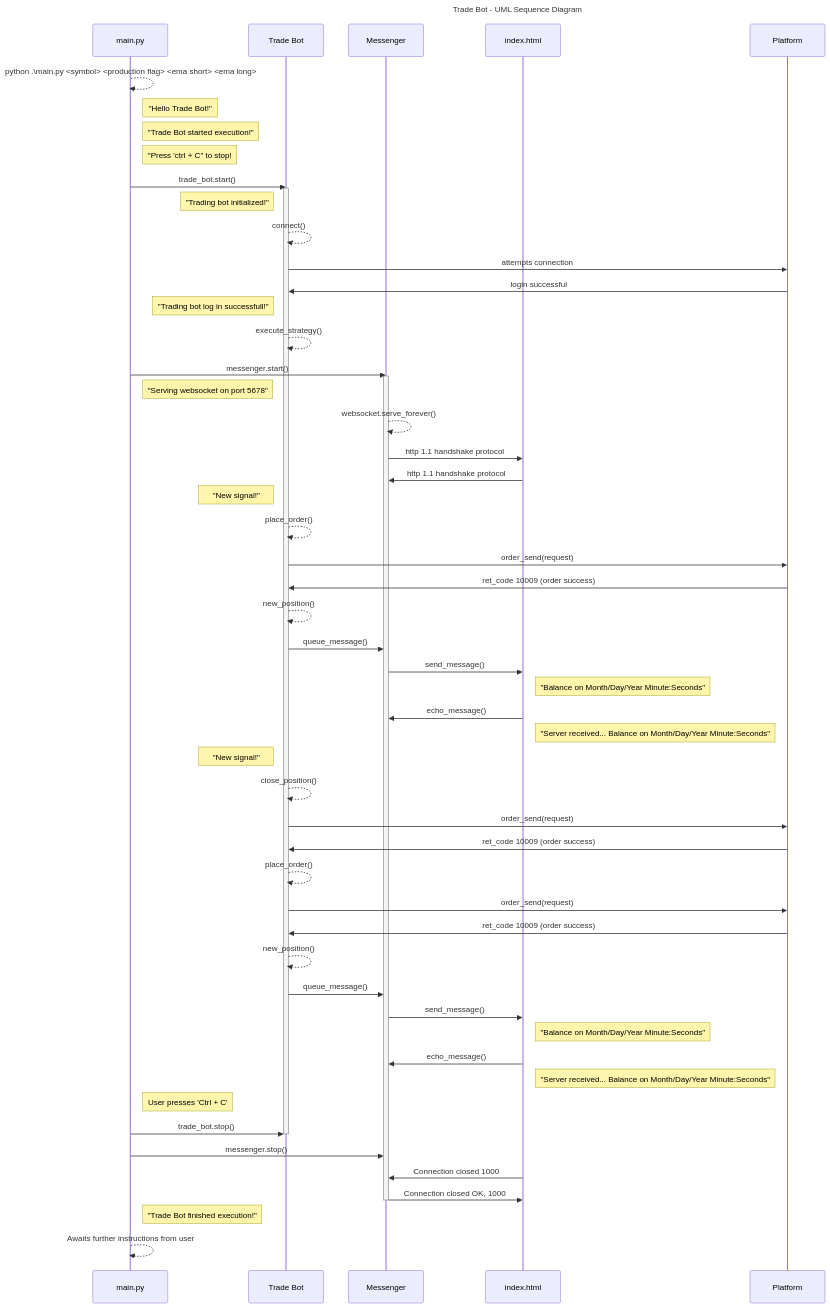
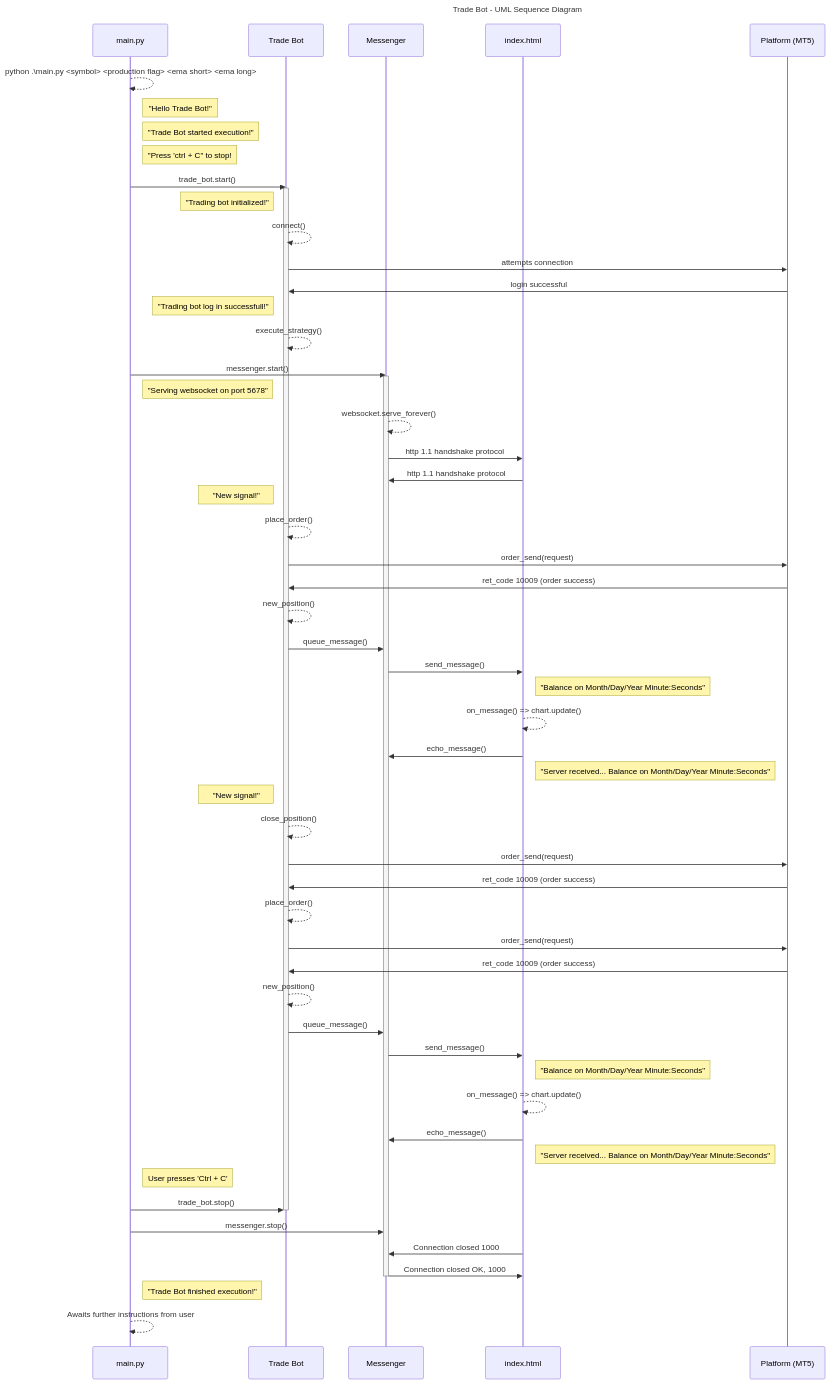
Before and after one commit to BensGitHub2022/MT5-Expert-Advisor: the diagram in UML_sequence.md, drawn with Mermaid. The commit also changed 1 other file, not shown here.

Commit message:
Updating UML diagrams

````diff
--- a/UML_sequence.md
+++ b/UML_sequence.md
@@ -1,62 +1,64 @@
 ```mermaid
 ---
 title: Trade Bot - UML Sequence Diagram
 ---
 sequenceDiagram
 participant main.py
 participant Trade Bot
 participant Messenger
 participant index.html
-participant Platform
+participant Platform (MT5)
 
 main.py -->> main.py: python .\main.py <symbol> <production flag> <ema short> <ema long>
 Note right of main.py: "Hello Trade Bot!"
 Note right of main.py: "Trade Bot started execution!"
 Note right of main.py: "Press 'ctrl + C" to stop!
 main.py->>Trade Bot: trade_bot.start()
 activate Trade Bot
 Note left of Trade Bot: "Trading bot initialized!"
 Trade Bot -->> Trade Bot: connect()
-Trade Bot ->> Platform: attempts connection
-Platform ->> Trade Bot: login successful
+Trade Bot ->> Platform (MT5): attempts connection
+Platform (MT5) ->> Trade Bot: login successful
 Note left of Trade Bot: "Trading bot log in successfull!"
 Trade Bot -->> Trade Bot: execute_strategy()
 main.py->>Messenger: messenger.start()
 activate Messenger
 Note right of main.py: "Serving websocket on port 5678"
 Messenger -->> Messenger: websocket.serve_forever()
 Messenger ->> index.html: http 1.1 handshake protocol
 index.html ->> Messenger: http 1.1 handshake protocol
 Note left of Trade Bot: "New signal!"
 Trade Bot -->> Trade Bot: place_order()
-Trade Bot ->> Platform: order_send(request)
-Platform ->> Trade Bot: ret_code 10009 (order success)
+Trade Bot ->> Platform (MT5): order_send(request)
+Platform (MT5) ->> Trade Bot: ret_code 10009 (order success)
 Trade Bot -->> Trade Bot: new_position()
 Trade Bot ->> Messenger: queue_message()
 Messenger ->> index.html: send_message()
 Note right of index.html: "Balance on Month/Day/Year Minute:Seconds"
+index.html -->> index.html: on_message() => chart.update() 
 index.html ->> Messenger: echo_message()
 Note right of index.html: "Server received... Balance on Month/Day/Year Minute:Seconds"
 Note left of Trade Bot: "New signal!"
 Trade Bot -->> Trade Bot: close_position()
-Trade Bot ->> Platform: order_send(request)
-Platform ->> Trade Bot: ret_code 10009 (order success)
+Trade Bot ->> Platform (MT5): order_send(request)
+Platform (MT5) ->> Trade Bot: ret_code 10009 (order success)
 Trade Bot -->> Trade Bot: place_order()
-Trade Bot ->> Platform: order_send(request)
-Platform ->> Trade Bot: ret_code 10009 (order success)
+Trade Bot ->> Platform (MT5): order_send(request)
+Platform (MT5) ->> Trade Bot: ret_code 10009 (order success)
 Trade Bot -->> Trade Bot: new_position()
 Trade Bot ->> Messenger: queue_message()
 Messenger ->> index.html: send_message()
 Note right of index.html: "Balance on Month/Day/Year Minute:Seconds"
+index.html -->> index.html: on_message() => chart.update() 
 index.html ->> Messenger: echo_message()
 Note right of index.html: "Server received... Balance on Month/Day/Year Minute:Seconds"
 Note right of main.py: User presses 'Ctrl + C'
 main.py ->> Trade Bot: trade_bot.stop()
 deactivate Trade Bot 
 main.py ->> Messenger: messenger.stop()
 index.html ->> Messenger: Connection closed 1000
 Messenger ->> index.html: Connection closed OK, 1000
 deactivate Messenger
 Note right of main.py: "Trade Bot finished execution!"
 main.py -->> main.py: Awaits further instructions from user
 ```
````
